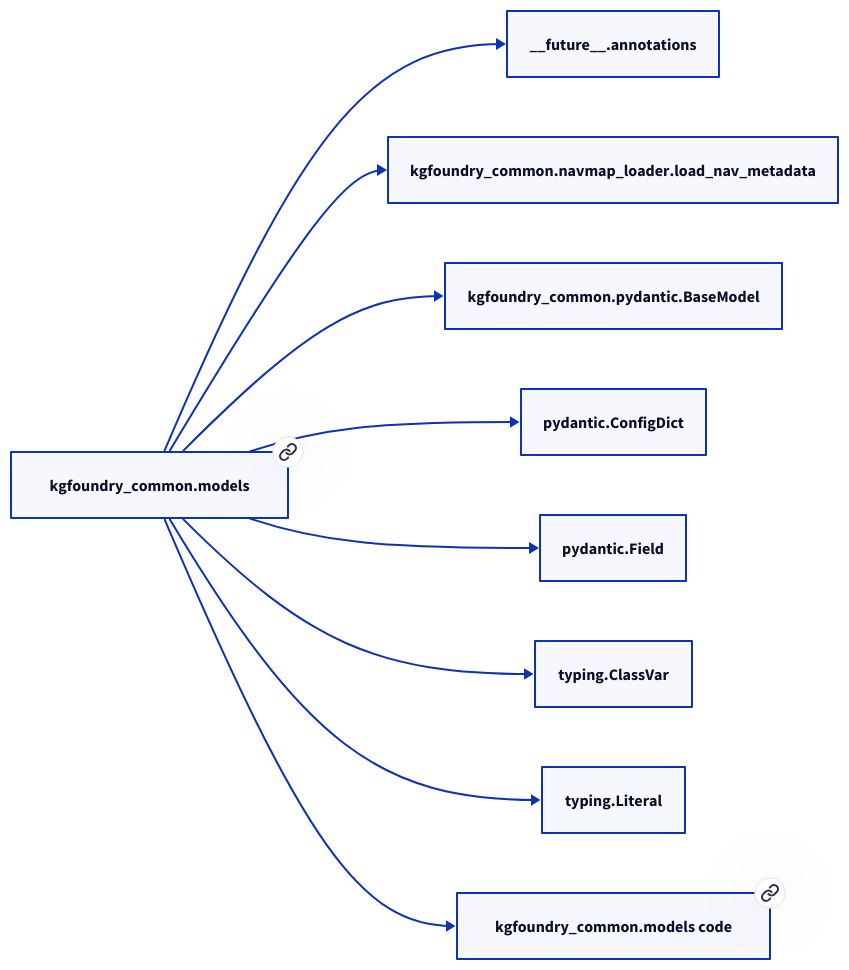
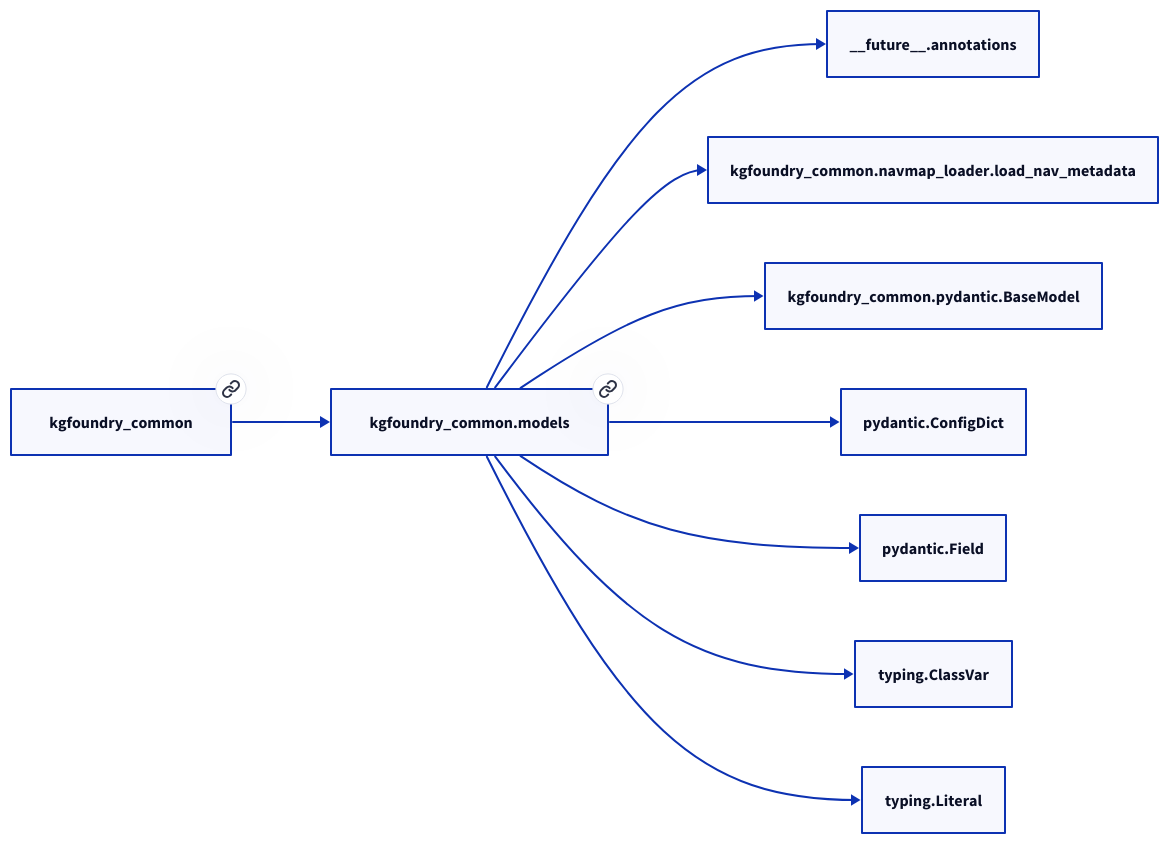
Before and after one commit to paul-heyse/kgforge: the second of 2 diagrams in docs/modules/kgfoundry_common/models.md, drawn with D2. The commit also changed other lines of this file and 208 other files, not shown here.

````diff
--- a/docs/modules/kgfoundry_common/models.md
+++ b/docs/modules/kgfoundry_common/models.md
@@ -64,20 +68,20 @@
 ```d2
 direction: right
-"kgfoundry_common.models": "kgfoundry_common.models" { link: "./kgfoundry_common/models.md" }
+"kgfoundry_common.models": "kgfoundry_common.models" { link: "https://github.com/paul-heyse/kgfoundry/blob/main/src/kgfoundry_common/models.py" }
 "__future__.annotations": "__future__.annotations"
 "kgfoundry_common.models" -> "__future__.annotations"
 "kgfoundry_common.navmap_loader.load_nav_metadata": "kgfoundry_common.navmap_loader.load_nav_metadata"
 "kgfoundry_common.models" -> "kgfoundry_common.navmap_loader.load_nav_metadata"
 "kgfoundry_common.pydantic.BaseModel": "kgfoundry_common.pydantic.BaseModel"
 "kgfoundry_common.models" -> "kgfoundry_common.pydantic.BaseModel"
 "pydantic.ConfigDict": "pydantic.ConfigDict"
 "kgfoundry_common.models" -> "pydantic.ConfigDict"
 "pydantic.Field": "pydantic.Field"
 "kgfoundry_common.models" -> "pydantic.Field"
 "typing.ClassVar": "typing.ClassVar"
 "kgfoundry_common.models" -> "typing.ClassVar"
 "typing.Literal": "typing.Literal"
 "kgfoundry_common.models" -> "typing.Literal"
-"kgfoundry_common.models_code": "kgfoundry_common.models code" { link: "https://github.com/kgfoundry/kgfoundry/blob/main/src/kgfoundry_common/models.py" }
-"kgfoundry_common.models" -> "kgfoundry_common.models_code" { style: dashed }
+"kgfoundry_common": "kgfoundry_common" { link: "https://github.com/paul-heyse/kgfoundry/blob/main/src/kgfoundry_common/__init__.py" }
+"kgfoundry_common" -> "kgfoundry_common.models" { style: dashed }
 ```
````
